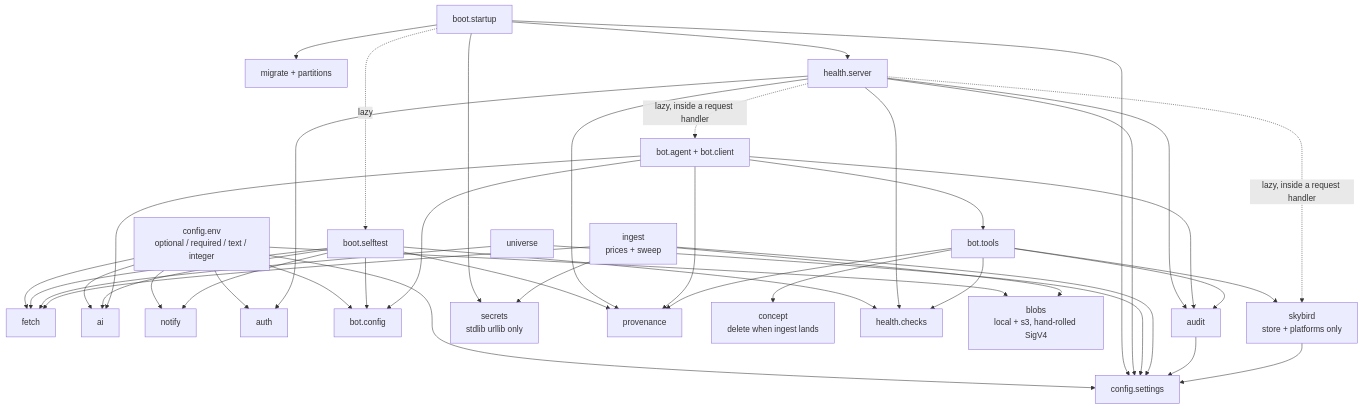
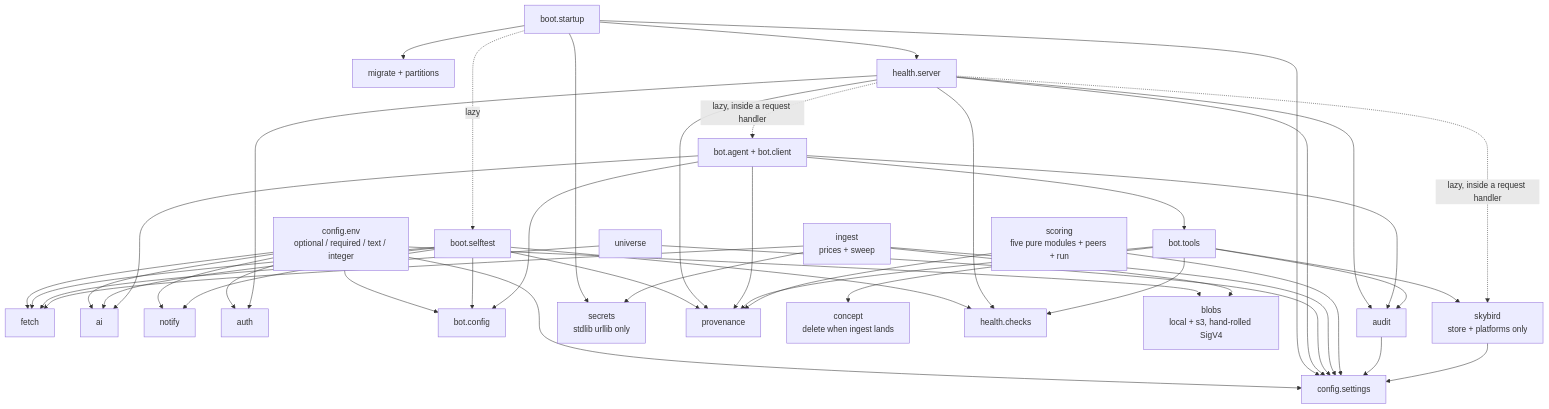
The third of 14 diagrams in docs/architecture.md (D1K03/stock-aggregator), drawn with Mermaid before and after one commit. The commit also changed other lines of this file and 4 other files, not shown here.

```diff
--- a/docs/architecture.md
+++ b/docs/architecture.md
@@ -231,6 +231,7 @@
     universe["universe"]
     blobs["blobs<br/>local + s3, hand-rolled SigV4"]
     ingest["ingest<br/>prices + sweep"]
+    scoring["scoring<br/>five pure modules + peers + run"]
     skybird["skybird<br/>store + platforms only"]
 
     boot --> settings
@@ -274,6 +275,9 @@
     ingest --> fetch
     ingest --> blobs
 
+    scoring --> settings
+    scoring --> prov
+
     audit --> settings
     health -.->|"lazy, inside a request handler"| skybird
     skybird --> settings
```
